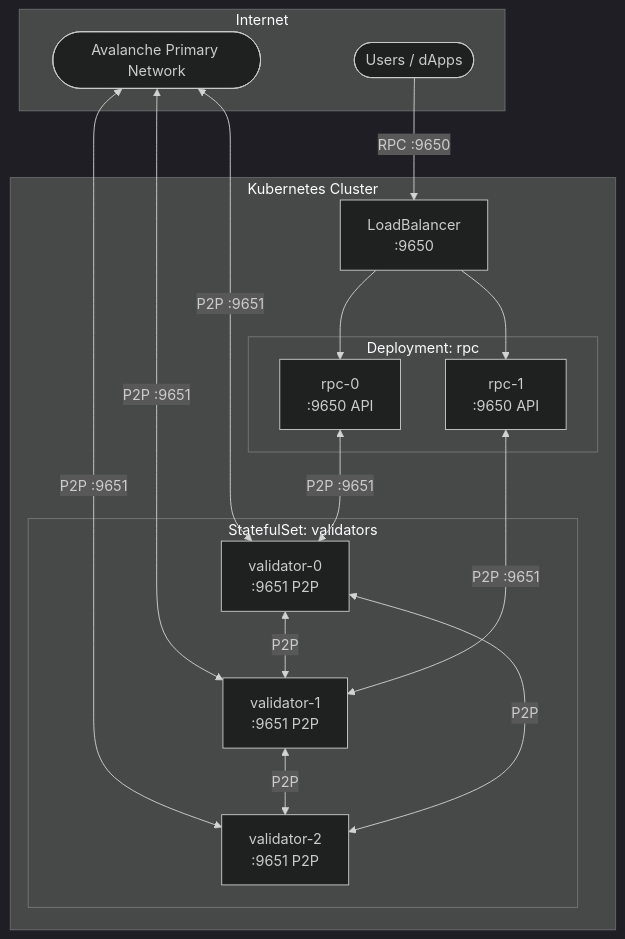
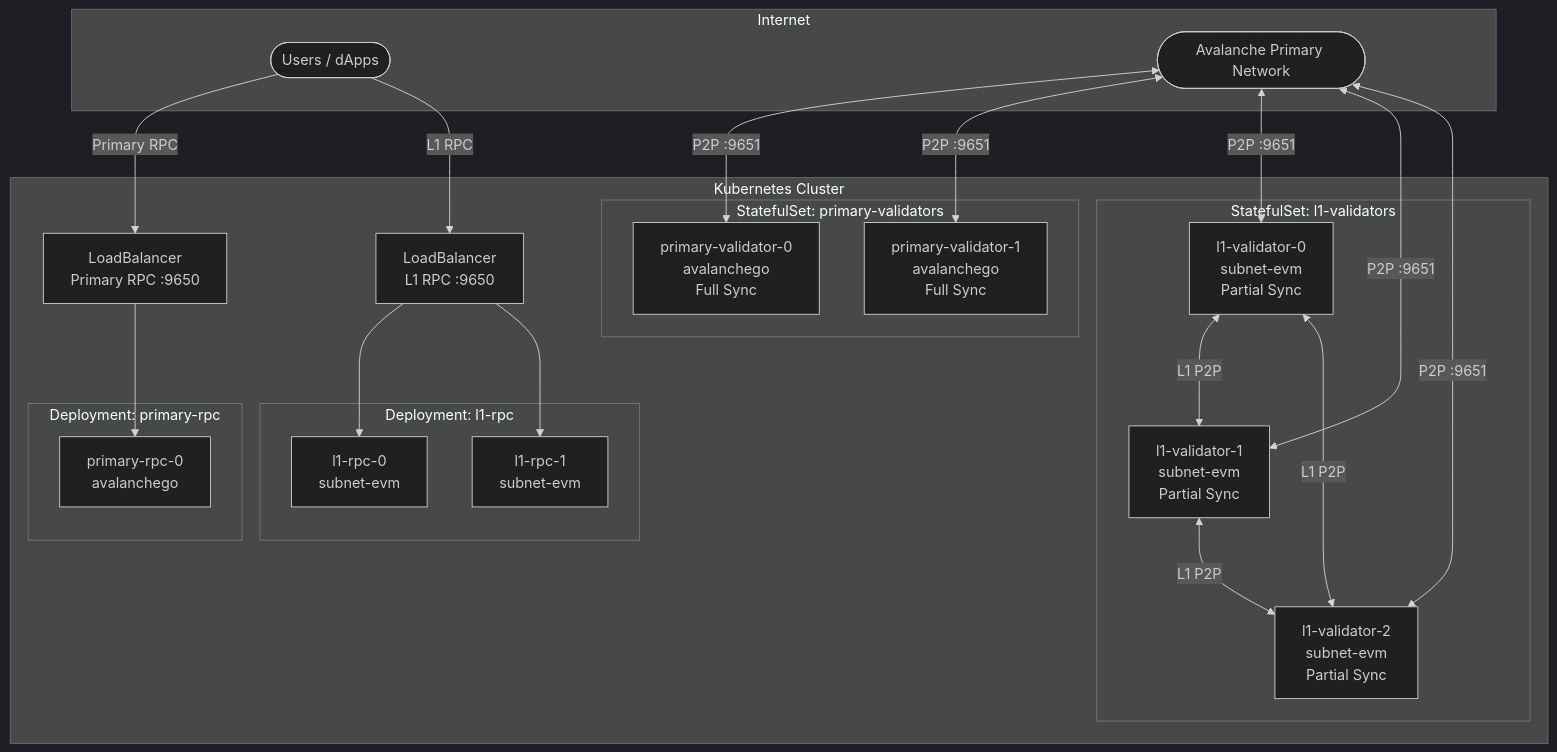
One commit to ava-labs/avalanche-deploy changed the diagram in kubernetes/README.md. Above: the diagram before and after it, drawn with Mermaid (dark theme). The commit also changed other lines of this file and 30 other files, not shown here.

First line of the commit message:
Update Kubernetes helm charts with Primary Network support

````diff
--- a/kubernetes/README.md
+++ b/kubernetes/README.md
@@ -42,37 +51,49 @@
 ```mermaid
 flowchart TB
     subgraph Internet
         Users([Users / dApps])
         PrimaryNetwork([Avalanche Primary Network])
     end
 
     subgraph K8s["Kubernetes Cluster"]
-        subgraph Validators["StatefulSet: validators"]
-            V0[validator-0<br/>:9651 P2P]
-            V1[validator-1<br/>:9651 P2P]
-            V2[validator-2<br/>:9651 P2P]
+        subgraph PrimaryVal["StatefulSet: primary-validators"]
+            PV0[primary-validator-0<br/>avalanchego<br/>Full Sync]
+            PV1[primary-validator-1<br/>avalanchego<br/>Full Sync]
         end
 
-        subgraph RPC["Deployment: rpc"]
-            R0[rpc-0<br/>:9650 API]
-            R1[rpc-1<br/>:9650 API]
+        subgraph PrimaryRPC["Deployment: primary-rpc"]
+            PR0[primary-rpc-0<br/>avalanchego]
         end
 
-        LB[LoadBalancer<br/>:9650]
+        subgraph L1Val["StatefulSet: l1-validators"]
+            V0[l1-validator-0<br/>subnet-evm<br/>Partial Sync]
+            V1[l1-validator-1<br/>subnet-evm<br/>Partial Sync]
+            V2[l1-validator-2<br/>subnet-evm<br/>Partial Sync]
+        end
+
+        subgraph L1RPC["Deployment: l1-rpc"]
+            R0[l1-rpc-0<br/>subnet-evm]
+            R1[l1-rpc-1<br/>subnet-evm]
+        end
+
+        LB_Primary[LoadBalancer<br/>Primary RPC :9650]
+        LB_L1[LoadBalancer<br/>L1 RPC :9650]
     end
 
+    PrimaryNetwork <-->|P2P :9651| PV0
+    PrimaryNetwork <-->|P2P :9651| PV1
     PrimaryNetwork <-->|P2P :9651| V0
     PrimaryNetwork <-->|P2P :9651| V1
     PrimaryNetwork <-->|P2P :9651| V2
 
-    V0 <-->|P2P| V1
-    V1 <-->|P2P| V2
-    V0 <-->|P2P| V2
+    V0 <-->|L1 P2P| V1
+    V1 <-->|L1 P2P| V2
+    V0 <-->|L1 P2P| V2
 
-    R0 <-->|P2P :9651| V0
-    R1 <-->|P2P :9651| V1
+    Users -->|Primary RPC| LB_Primary
+    LB_Primary --> PR0
 
-    Users -->|RPC :9650| LB
-    LB --> R0
-    LB --> R1
+    Users -->|L1 RPC| LB_L1
+    LB_L1 --> R0
+    LB_L1 --> R1
 ```
````
